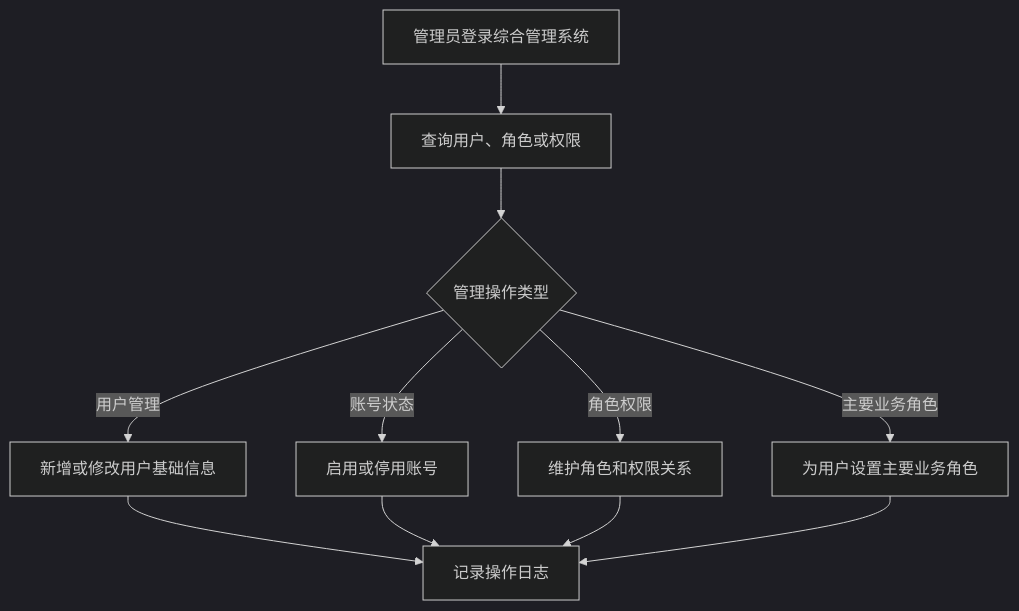
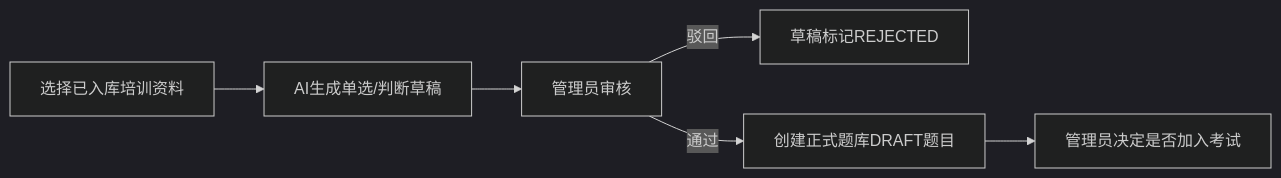
Before and after one commit to thesantaana/Care-Nexus: the third of 3 diagrams in docs/requirements/业务流程.md, drawn with Mermaid (dark theme). The commit also changed other lines of this file and 110 other files, not shown here.

````diff
--- a/docs/requirements/业务流程.md
+++ b/docs/requirements/业务流程.md
@@ -345,13 +32,8 @@
 ```mermaid
-flowchart TD
-    A["管理员登录综合管理系统"] --> B["查询用户、角色或权限"]
-    B --> C{"管理操作类型"}
-    C -- "用户管理" --> D["新增或修改用户基础信息"]
-    C -- "账号状态" --> E["启用或停用账号"]
-    C -- "角色权限" --> F["维护角色和权限关系"]
-    C -- "主要业务角色" --> G["为用户设置主要业务角色"]
-    D --> H["记录操作日志"]
-    E --> H
-    F --> H
-    G --> H
+flowchart LR
+  A[选择已入库培训资料] --> B[AI生成单选/判断草稿]
+  B --> C[管理员审核]
+  C -- 驳回 --> D[草稿标记REJECTED]
+  C -- 通过 --> E[创建正式题库DRAFT题目]
+  E --> F[管理员决定是否加入考试]
 ```
````
